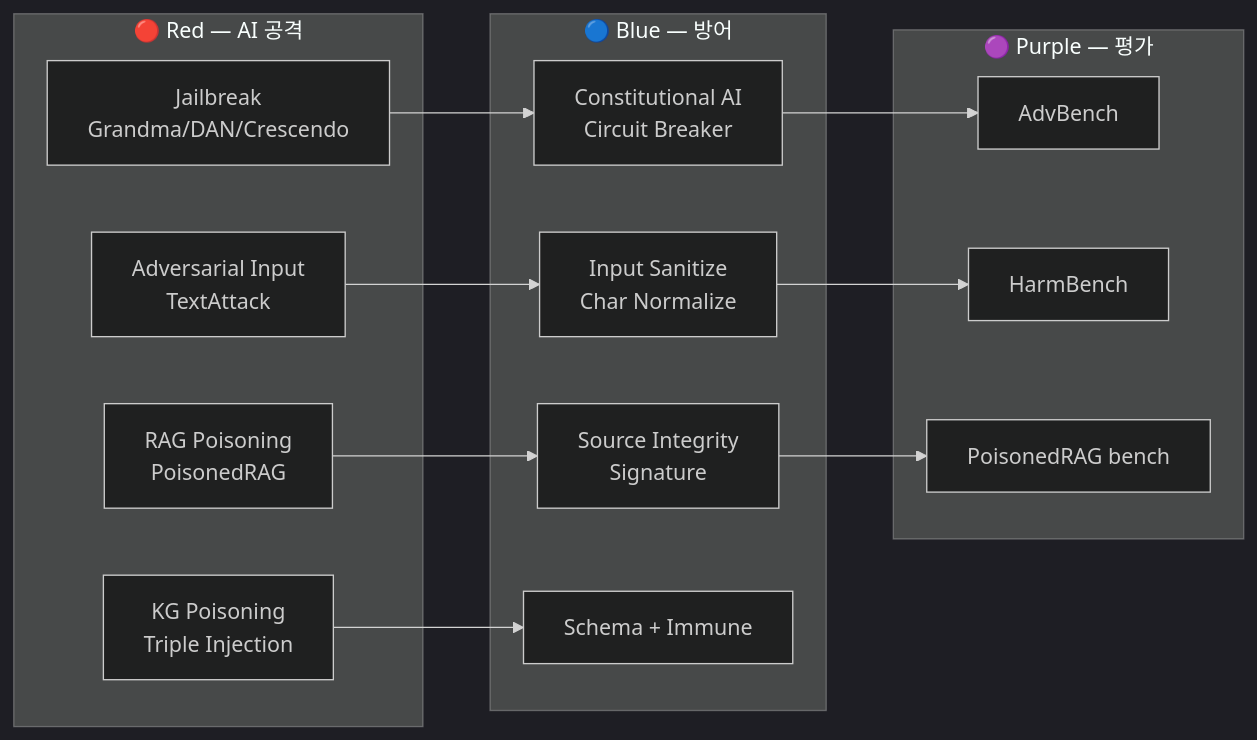
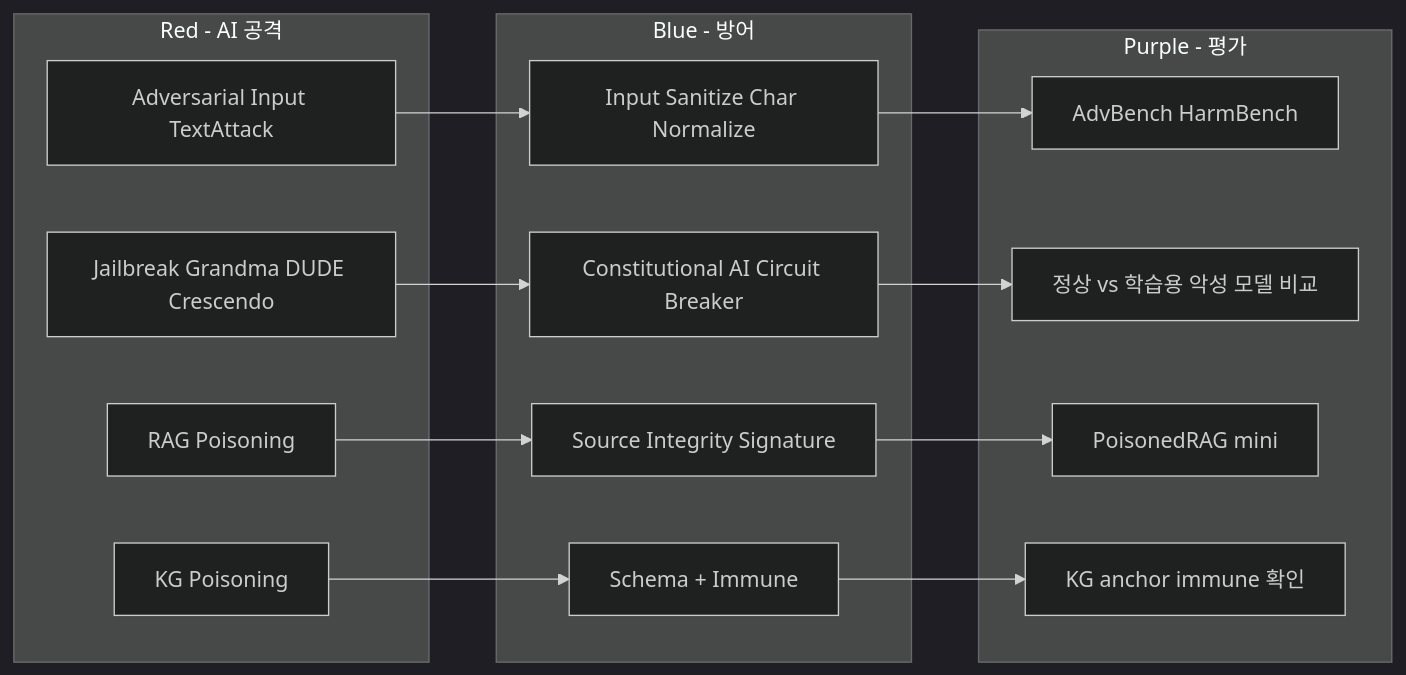
The diagram in contents/standalone/lecture/aisec/week09.md (mrgrit/ccc), drawn with Mermaid (dark theme) before and after one commit. The commit also changed other lines of this file and 1 other file, not shown here.

First line of the commit message:
feat(standalone/aisec): W09 교과서 + 실습 재작성 — 학습용 악성 모델 의 jailbreak 적용

````diff
--- a/contents/standalone/lecture/aisec/week09.md
+++ b/contents/standalone/lecture/aisec/week09.md
@@ -341,27 +489,28 @@
 ```mermaid
 flowchart LR
-    subgraph Red [🔴 Red — AI 공격]
-        R1[Jailbreak<br/>Grandma/DAN/Crescendo]
-        R2[Adversarial Input<br/>TextAttack]
-        R3[RAG Poisoning<br/>PoisonedRAG]
-        R4[KG Poisoning<br/>Triple Injection]
+    subgraph Red [Red - AI 공격]
+        R1[Jailbreak Grandma DUDE Crescendo]
+        R2[Adversarial Input TextAttack]
+        R3[RAG Poisoning]
+        R4[KG Poisoning]
     end
 
-    subgraph Blue [🔵 Blue — 방어]
-        B1[Constitutional AI<br/>Circuit Breaker]
-        B2[Input Sanitize<br/>Char Normalize]
-        B3[Source Integrity<br/>Signature]
+    subgraph Blue [Blue - 방어]
+        B1[Constitutional AI Circuit Breaker]
+        B2[Input Sanitize Char Normalize]
+        B3[Source Integrity Signature]
         B4[Schema + Immune]
     end
 
-    subgraph Purple [🟣 Purple — 평가]
-        P1[AdvBench]
-        P2[HarmBench]
-        P3[PoisonedRAG bench]
+    subgraph Purple [Purple - 평가]
+        P1[AdvBench HarmBench]
+        P2[정상 vs 학습용 악성 모델 비교]
+        P3[PoisonedRAG mini]
+        P4[KG anchor immune 확인]
     end
 
-    R1 --> B1 --> P1
-    R2 --> B2 --> P2
+    R1 --> B1 --> P2
+    R2 --> B2 --> P1
     R3 --> B3 --> P3
-    R4 --> B4
+    R4 --> B4 --> P4
 ```
````
